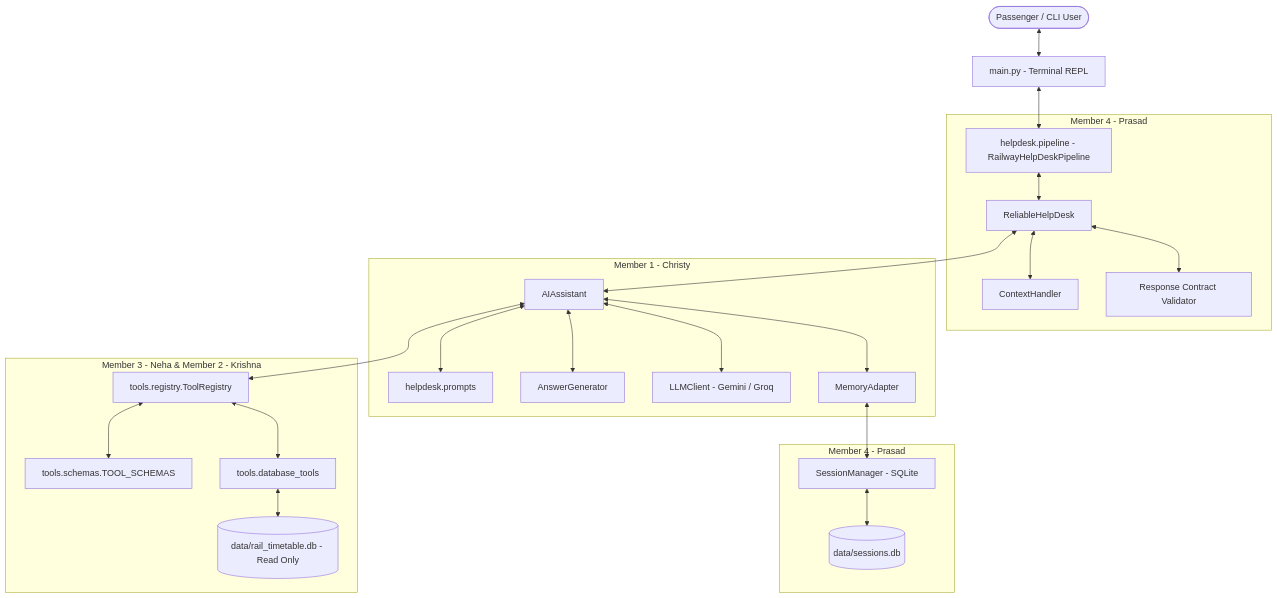
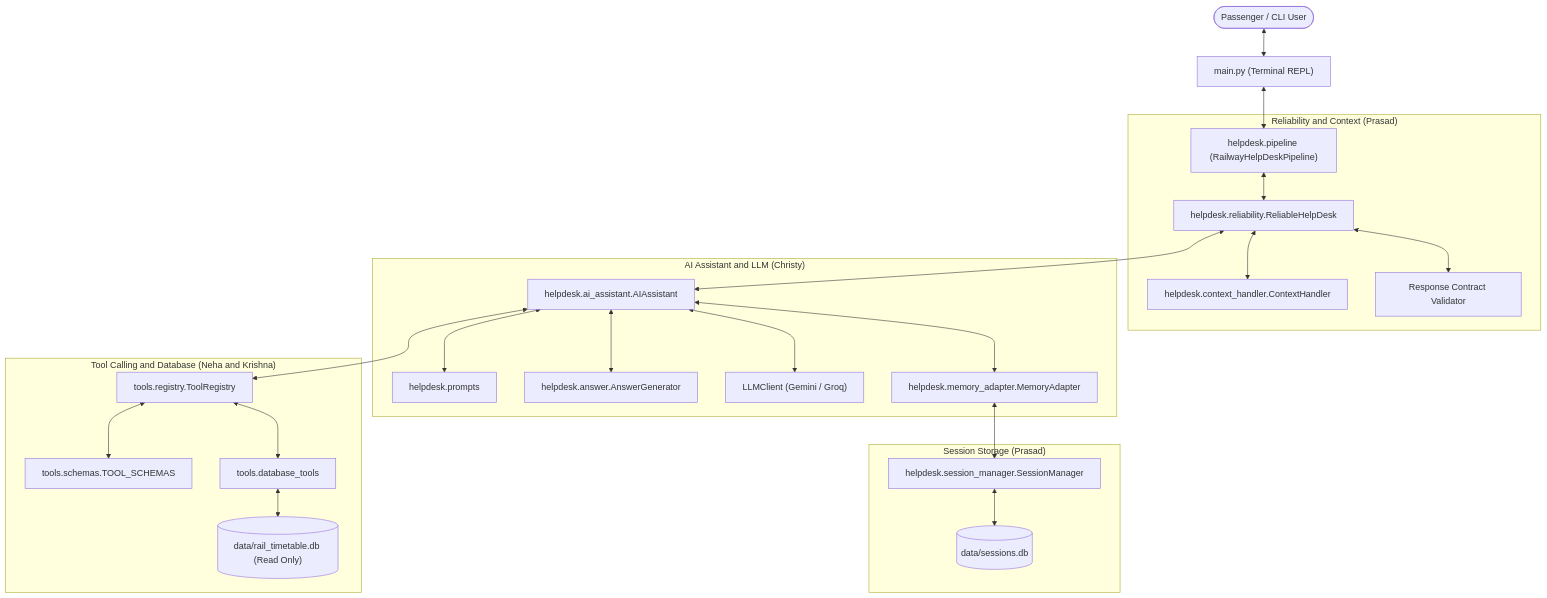
One commit to chxisty/genai-nexus-capstone-team-5 changed the diagram in README.md. Above: the diagram before and after it, drawn with Mermaid. The commit also changed 3 other files, not shown here.

Commit message:
fix(docs/tests): resolve mermaid syntax in architecture and readme, remove unused imports, and normalize EOF lines

````diff
--- a/README.md
+++ b/README.md
@@ -42,31 +42,31 @@
 ```mermaid
 flowchart TD
-    User([Passenger / CLI User]) <--> Main[main.py - Terminal REPL]
-    Main <--> Pipeline[helpdesk.pipeline - RailwayHelpDeskPipeline]
+    User(["Passenger / CLI User"]) <--> Main["main.py (Terminal REPL)"]
+    Main <--> Pipeline["helpdesk.pipeline (RailwayHelpDeskPipeline)"]
 
-    subgraph Reliability & Context [Member 4 - Prasad]
-        Pipeline <--> Reliable[ReliableHelpDesk]
-        Reliable <--> Context[ContextHandler]
-        Reliable <--> Validator[Response Contract Validator]
+    subgraph Reliability_Context["Reliability and Context (Prasad)"]
+        Pipeline <--> Reliable["helpdesk.reliability.ReliableHelpDesk"]
+        Reliable <--> Context["helpdesk.context_handler.ContextHandler"]
+        Reliable <--> Validator["Response Contract Validator"]
     end
 
-    subgraph AI Assistant & LLM [Member 1 - Christy]
-        Reliable <--> Assistant[AIAssistant]
-        Assistant <--> Prompts[helpdesk.prompts]
-        Assistant <--> AnswerGen[AnswerGenerator]
-        Assistant <--> LLM[LLMClient - Gemini / Groq]
-        Assistant <--> Memory[MemoryAdapter]
+    subgraph AI_Assistant_LLM["AI Assistant and LLM (Christy)"]
+        Reliable <--> Assistant["helpdesk.ai_assistant.AIAssistant"]
+        Assistant <--> Prompts["helpdesk.prompts"]
+        Assistant <--> AnswerGen["helpdesk.answer.AnswerGenerator"]
+        Assistant <--> LLM["LLMClient (Gemini / Groq)"]
+        Assistant <--> Memory["helpdesk.memory_adapter.MemoryAdapter"]
     end
 
-    subgraph Session Storage [Member 4 - Prasad]
-        Memory <--> SessionMgr[SessionManager - SQLite]
-        SessionMgr <--> SessDB[(data/sessions.db)]
+    subgraph Session_Storage["Session Storage (Prasad)"]
+        Memory <--> SessionMgr["helpdesk.session_manager.SessionManager"]
+        SessionMgr <--> SessDB[("data/sessions.db")]
     end
 
-    subgraph Tool Calling & Database [Member 3 - Neha & Member 2 - Krishna]
-        Assistant <--> Registry[tools.registry.ToolRegistry]
-        Registry <--> Schemas[tools.schemas.TOOL_SCHEMAS]
-        Registry <--> DBTools[tools.database_tools]
-        DBTools <--> RailDB[(data/rail_timetable.db - Read Only)]
+    subgraph Tool_Calling_Database["Tool Calling and Database (Neha and Krishna)"]
+        Assistant <--> Registry["tools.registry.ToolRegistry"]
+        Registry <--> Schemas["tools.schemas.TOOL_SCHEMAS"]
+        Registry <--> DBTools["tools.database_tools"]
+        DBTools <--> RailDB[("data/rail_timetable.db (Read Only)")]
     end
 ```
````
